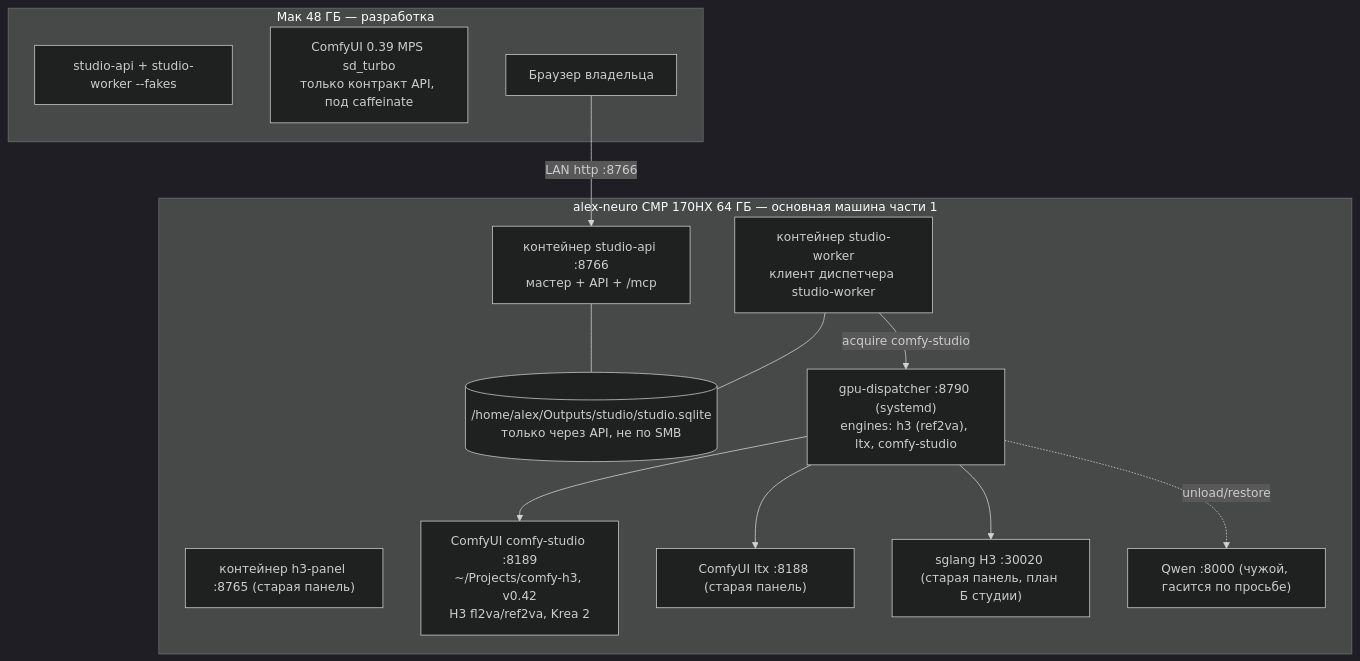
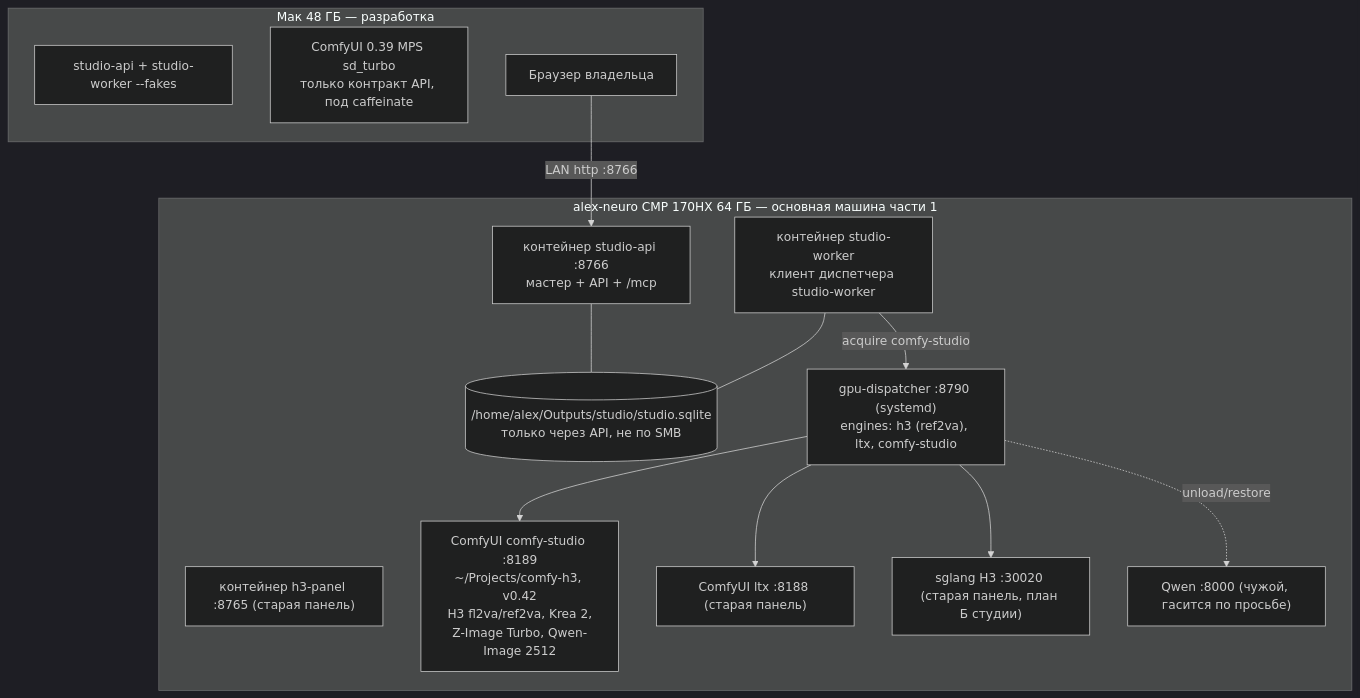
The second of 7 diagrams in docs/superpowers/specs/2026-10-10-studio-part1-core-design.md (AlexeyKorzhebin/minimax-h3-mlx-48gb), drawn with Mermaid (dark theme) before and after one commit. The commit also changed other lines of this file and 5 other files, not shown here.

Commit message:
docs(studio): спека ред. 3 (черновик) — режим «Картинка» §19, срез S2b; замеры Krea 2 и Z-Image Turbo, шаблон zimage-turbo-t2i

````diff
--- a/docs/superpowers/specs/2026-10-10-studio-part1-core-design.md
+++ b/docs/superpowers/specs/2026-10-10-studio-part1-core-design.md
@@ -231,25 +272,25 @@
 ```mermaid
 flowchart TB
   subgraph NEURO["alex-neuro CMP 170HX 64 ГБ — основная машина части 1"]
     N_API["контейнер studio-api :8766<br/>мастер + API + /mcp"]
     N_WRK["контейнер studio-worker<br/>клиент диспетчера studio-worker"]
     N_OLD["контейнер h3-panel :8765 (старая панель)"]
     N_DB[("/home/alex/Outputs/studio/studio.sqlite<br/>только через API, не по SMB")]
     N_DISP["gpu-dispatcher :8790 (systemd)<br/>engines: h3 (ref2va), ltx, comfy-studio"]
-    N_CS["ComfyUI comfy-studio :8189<br/>~/Projects/comfy-h3, v0.42<br/>H3 fl2va/ref2va, Krea 2"]
+    N_CS["ComfyUI comfy-studio :8189<br/>~/Projects/comfy-h3, v0.42<br/>H3 fl2va/ref2va, Krea 2,<br/>Z-Image Turbo, Qwen-Image 2512"]
     N_LTX["ComfyUI ltx :8188 (старая панель)"]
     N_SGL["sglang H3 :30020 (старая панель, план Б студии)"]
     N_QWEN["Qwen :8000 (чужой, гасится по просьбе)"]
     N_API --- N_DB
     N_WRK --- N_DB
     N_WRK -->|acquire comfy-studio| N_DISP
     N_DISP --> N_CS & N_LTX & N_SGL
     N_DISP -.unload/restore.-> N_QWEN
   end
   subgraph MAC["Мак 48 ГБ — разработка"]
     M_DEV["studio-api + studio-worker --fakes"]
     M_CMF["ComfyUI 0.39 MPS sd_turbo<br/>только контракт API, под caffeinate"]
     M_BR["Браузер владельца"]
   end
   M_BR -->|LAN http :8766| N_API
 ```
````
